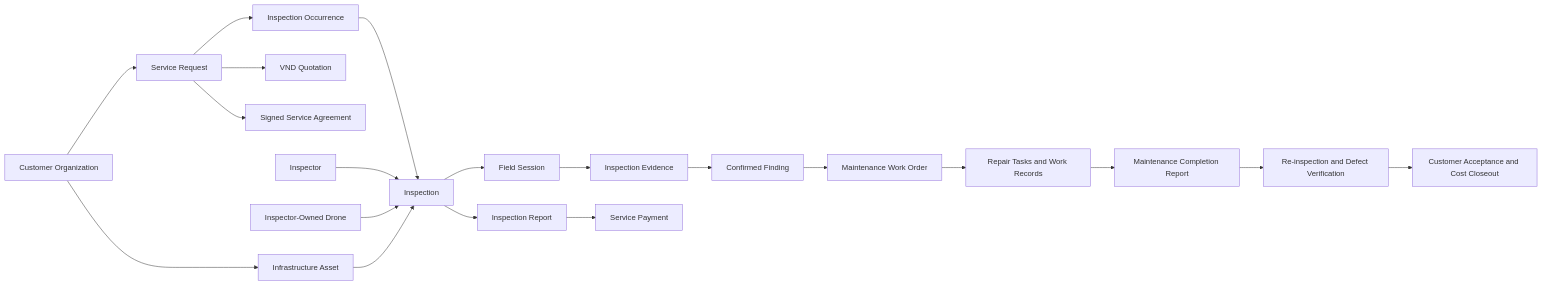
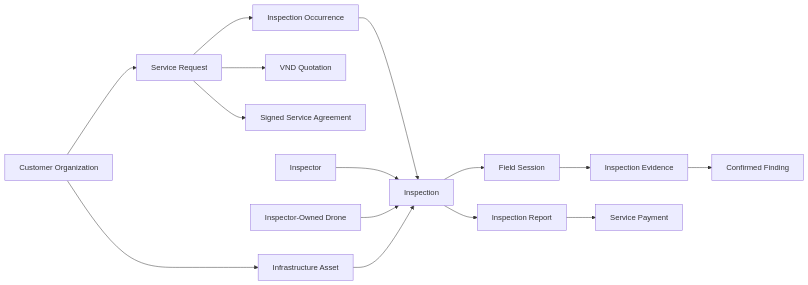
Before and after one commit to tungbach12/SmartDroneInspection-Docs: the second of 2 diagrams in reports/report-3-software-requirement-specification/03-functional-requirements.md, drawn with Mermaid. The commit also changed other lines of this file and 35 other files, not shown here.

````diff
--- a/reports/report-3-software-requirement-specification/03-functional-requirements.md
+++ b/reports/report-3-software-requirement-specification/03-functional-requirements.md
@@ -101,23 +83,18 @@
 ```mermaid
 %% title: Business Domain Concepts Diagram
 flowchart LR
   CUSTOMER["Customer Organization"] --> ASSET["Infrastructure Asset"]
   CUSTOMER --> REQUEST["Service Request"]
   REQUEST --> QUOTE["VND Quotation"]
   REQUEST --> AGREEMENT["Signed Service Agreement"]
   REQUEST --> OCCURRENCE["Inspection Occurrence"]
   OCCURRENCE --> INSPECTION["Inspection"]
   INSPECTOR["Inspector"] --> INSPECTION
   DRONE["Inspector-Owned Drone"] --> INSPECTION
   ASSET --> INSPECTION
   INSPECTION --> SESSION["Field Session"]
   SESSION --> EVIDENCE["Inspection Evidence"]
   EVIDENCE --> FINDING["Confirmed Finding"]
   INSPECTION --> REPORT["Inspection Report"]
   REPORT --> PAYMENT["Service Payment"]
-  FINDING --> WORK["Maintenance Work Order"]
-  WORK --> TASK["Repair Tasks and Work Records"]
-  TASK --> COMPLETION["Maintenance Completion Report"]
-  COMPLETION --> REINSPECTION["Re-inspection and Defect Verification"]
-  REINSPECTION --> ACCEPTANCE["Customer Acceptance and Cost Closeout"]
 ```
````
